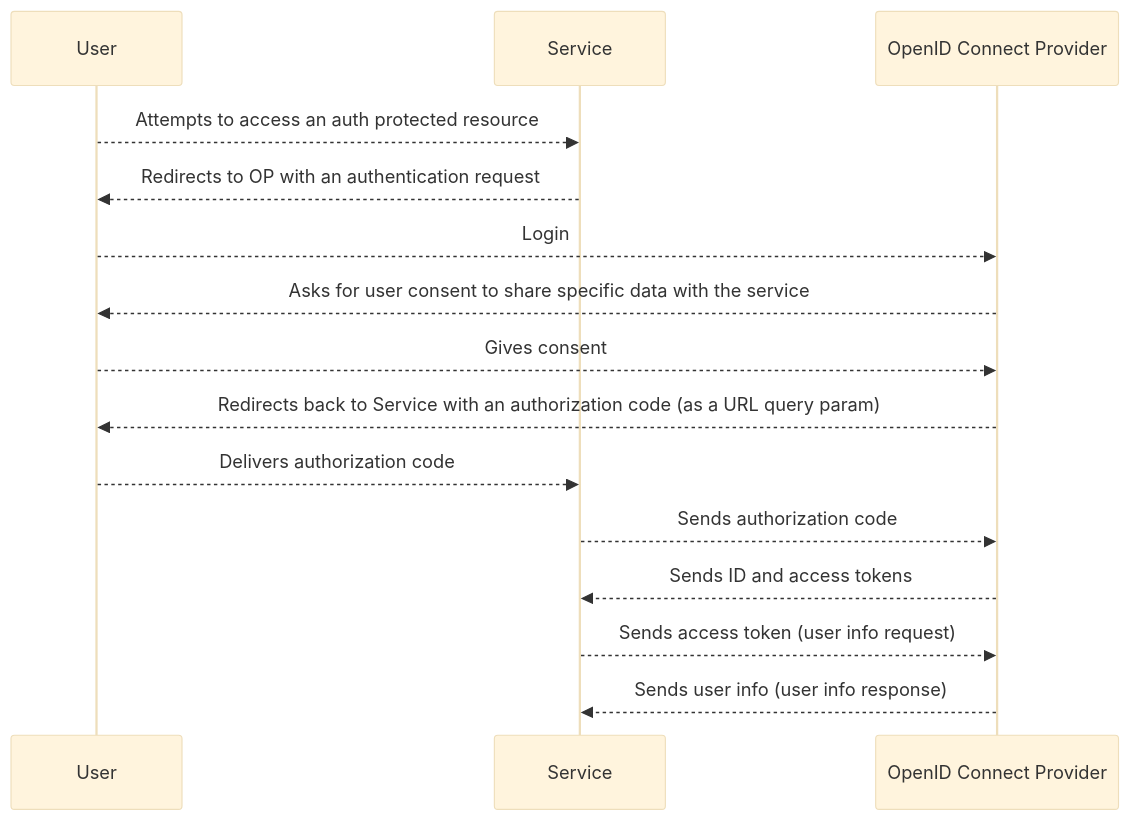
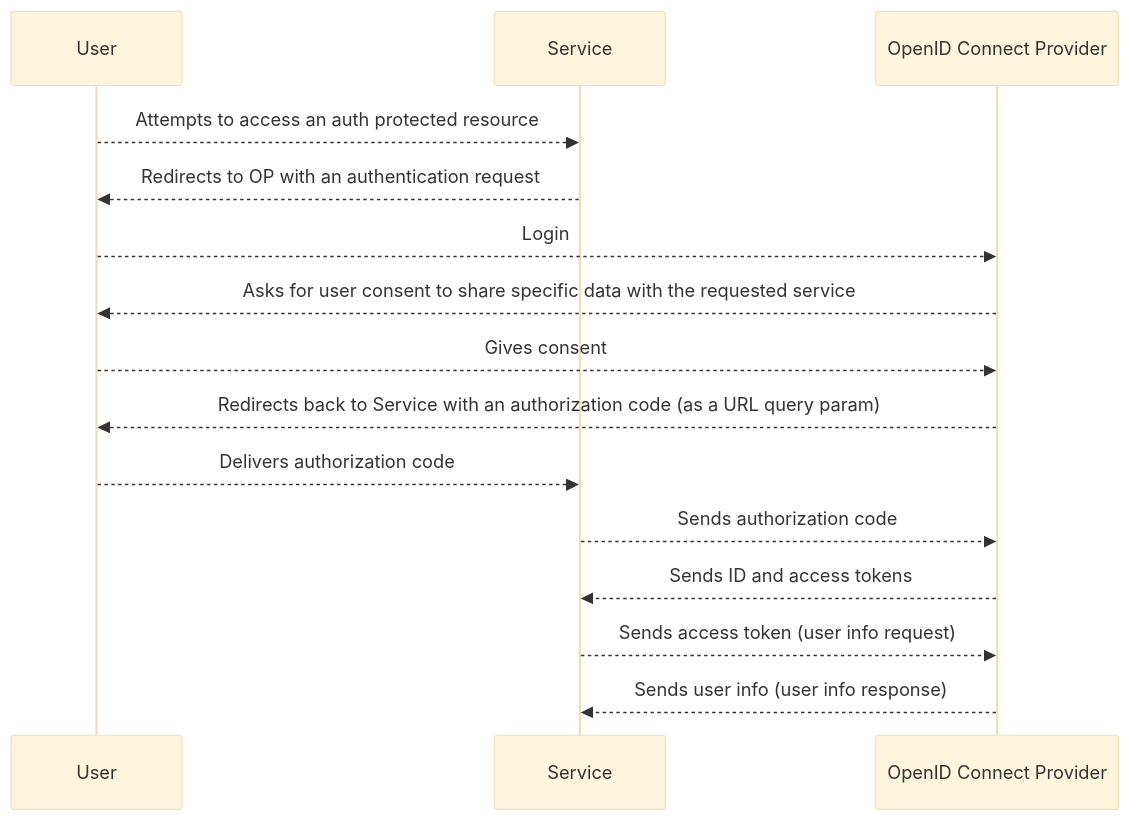
One commit to yactouat-reboot/pips_sso changed the diagram in README.md. Above: the diagram before and after it, drawn with Mermaid (base theme). The commit also changed other lines of this file and 3 other files, not shown here.

````diff
--- a/README.md
+++ b/README.md
@@ -23,17 +23,17 @@
     ```mermaid
     sequenceDiagram
         participant User
         participant Service
         participant OP as OpenID Connect Provider
         User-->>Service: Attempts to access an auth protected resource
         Service-->>User: Redirects to OP with an authentication request
         User-->>OP: Login
-        OP-->>User: Asks for user consent to share specific data with the service
+        OP-->>User: Asks for user consent to share specific data with the requested service
         User-->>OP: Gives consent
         OP-->>User: Redirects back to Service with an authorization code (as a URL query param)
         User-->>Service: Delivers authorization code
         Service-->>OP: Sends authorization code
         OP-->>Service: Sends ID and access tokens
         Service-->>OP: Sends access token (user info request)
         OP-->>Service: Sends user info (user info response)
     ```
````
